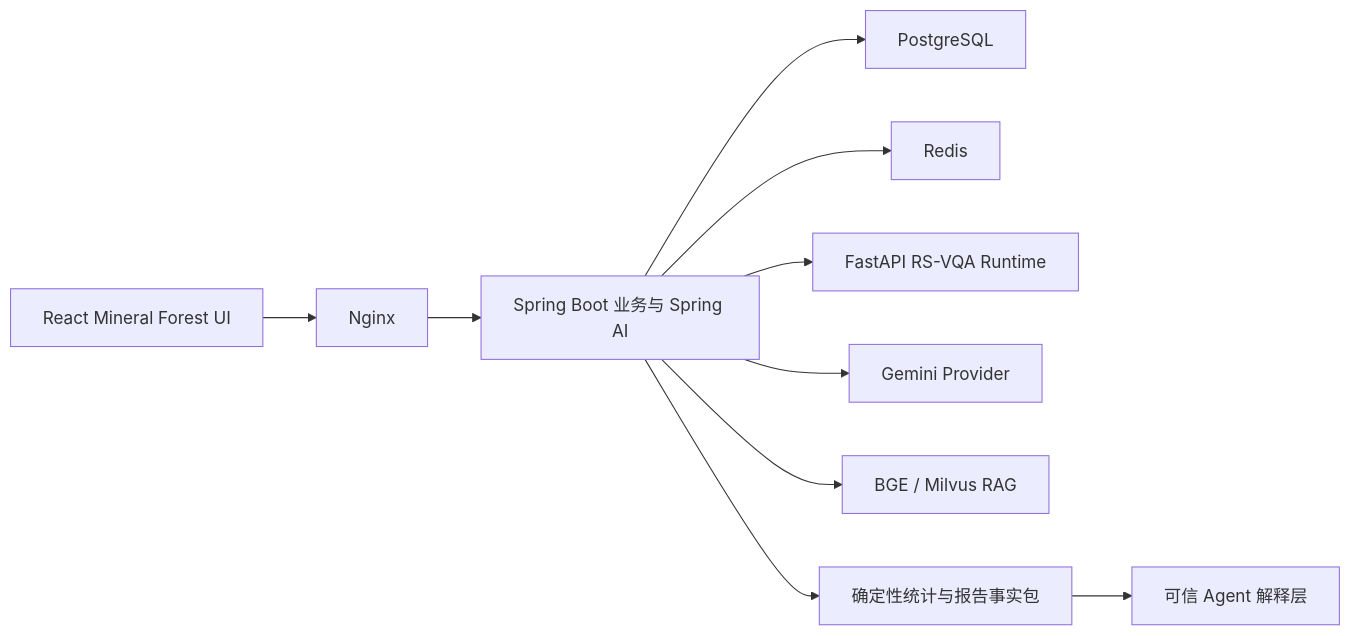
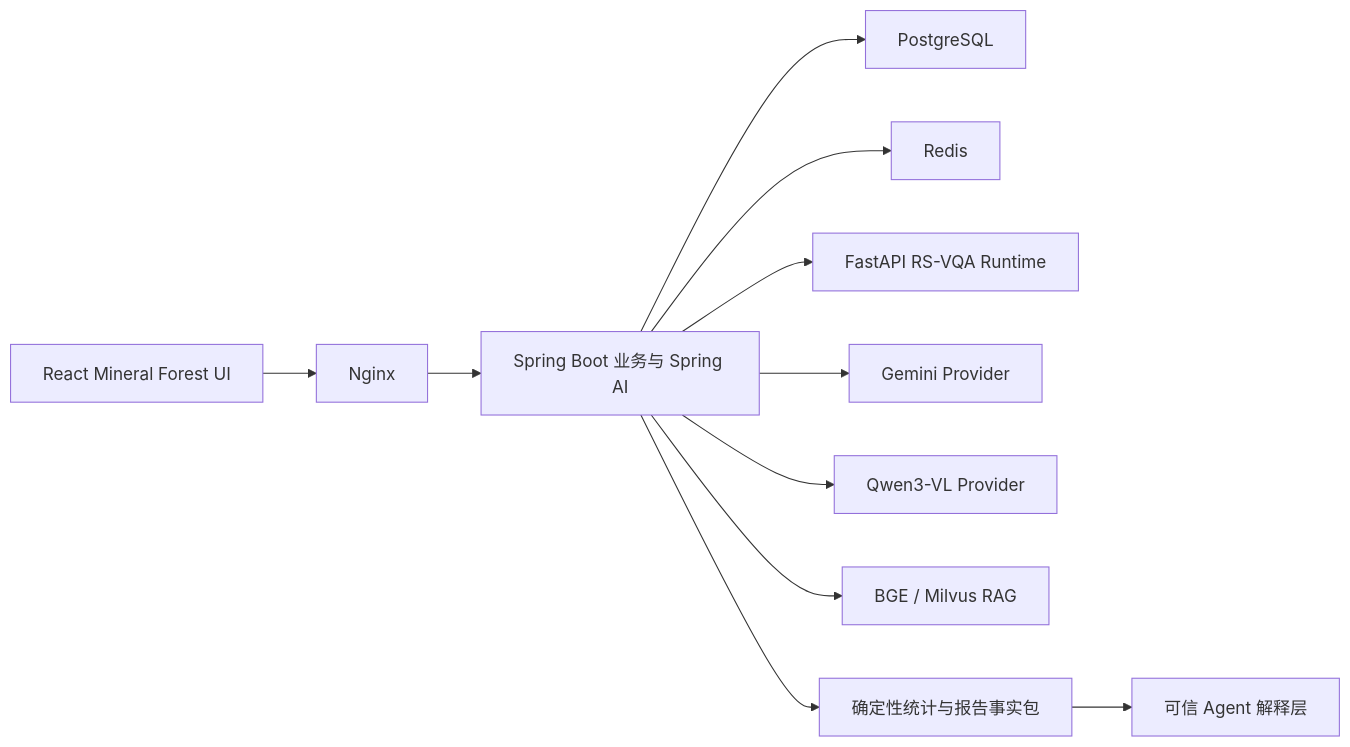
One commit to lucianzhou/RS-VQA changed the diagram in docs/versions/v0.4.0-technical-design-and-features.md. Above: the diagram before and after it, drawn with Mermaid. The commit also changed other lines of this file and 7 other files, not shown here.

First line of the commit message:
feat: add Qwen3-VL-32B-Instruct external vision provider via DashScope

````diff
--- a/docs/versions/v0.4.0-technical-design-and-features.md
+++ b/docs/versions/v0.4.0-technical-design-and-features.md
@@ -20,12 +20,13 @@
 ```mermaid
 flowchart LR
   U["React Mineral Forest UI"] --> N["Nginx"]
   N --> J["Spring Boot 业务与 Spring AI"]
   J --> DB["PostgreSQL"]
   J --> R["Redis"]
   J --> V["FastAPI RS-VQA Runtime"]
   J --> G["Gemini Provider"]
+  J --> Q["Qwen3-VL Provider"]
   J --> K["BGE / Milvus RAG"]
   J --> T["确定性统计与报告事实包"]
   T --> A["可信 Agent 解释层"]
 ```
````
